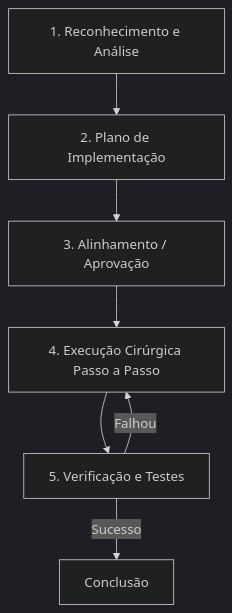
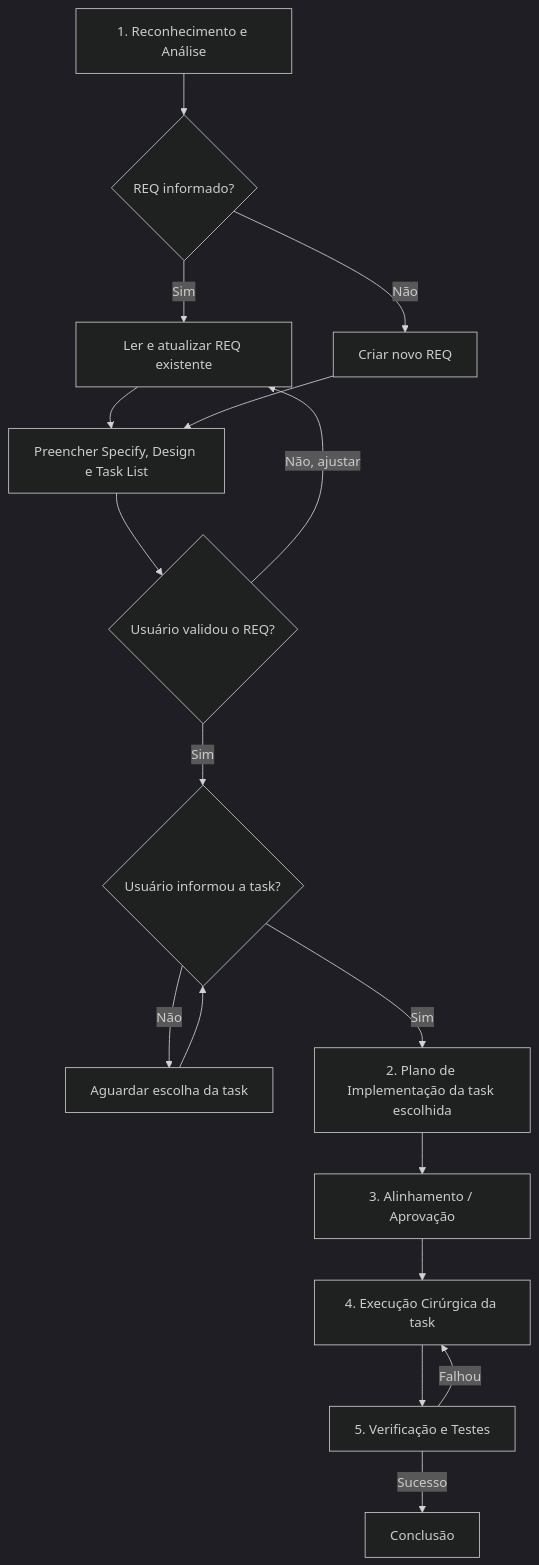
One commit to builttech/okestre-final changed the diagram in GPT_INSTRUCTIONS.md. Above: the diagram before and after it, drawn with Mermaid (dark theme). The commit also changed other lines of this file, not shown here.

````diff
--- a/GPT_INSTRUCTIONS.md
+++ b/GPT_INSTRUCTIONS.md
@@ -16,9 +23,19 @@
 ```mermaid
 graph TD
-    A[1. Reconhecimento e Análise] --> B[2. Plano de Implementação]
-    B --> C[3. Alinhamento / Aprovação]
-    C --> D[4. Execução Cirúrgica Passo a Passo]
-    D --> E[5. Verificação e Testes]
-    E -->|Falhou| D
-    E -->|Sucesso| F[Conclusão]
+    A["1. Reconhecimento e Análise"] --> B{"REQ informado?"}
+    B -->|"Sim"| C["Ler e atualizar REQ existente"]
+    B -->|"Não"| D["Criar novo REQ"]
+    C --> E["Preencher Specify, Design e Task List"]
+    D --> E
+    E --> F{"Usuário validou o REQ?"}
+    F -->|"Não, ajustar"| C
+    F -->|"Sim"| G{"Usuário informou a task?"}
+    G -->|"Não"| H["Aguardar escolha da task"]
+    H --> G
+    G -->|"Sim"| I["2. Plano de Implementação da task escolhida"]
+    I --> J["3. Alinhamento / Aprovação"]
+    J --> K["4. Execução Cirúrgica da task"]
+    K --> L["5. Verificação e Testes"]
+    L -->|"Falhou"| K
+    L -->|"Sucesso"| M["Conclusão"]
 ```
````
